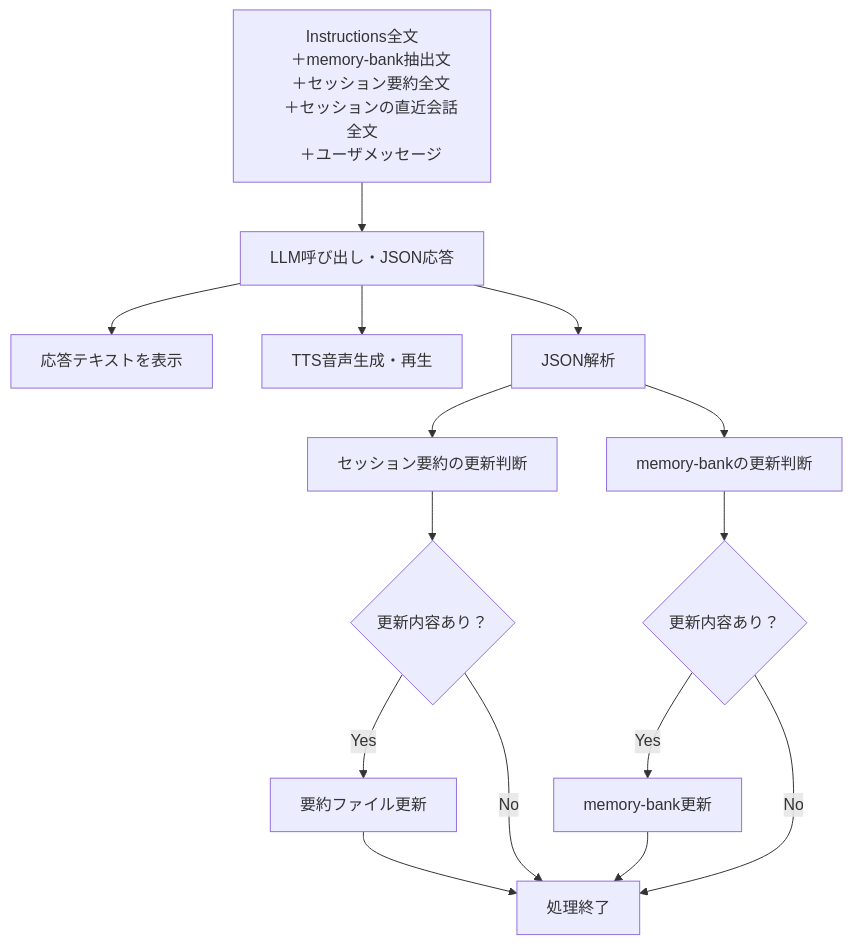
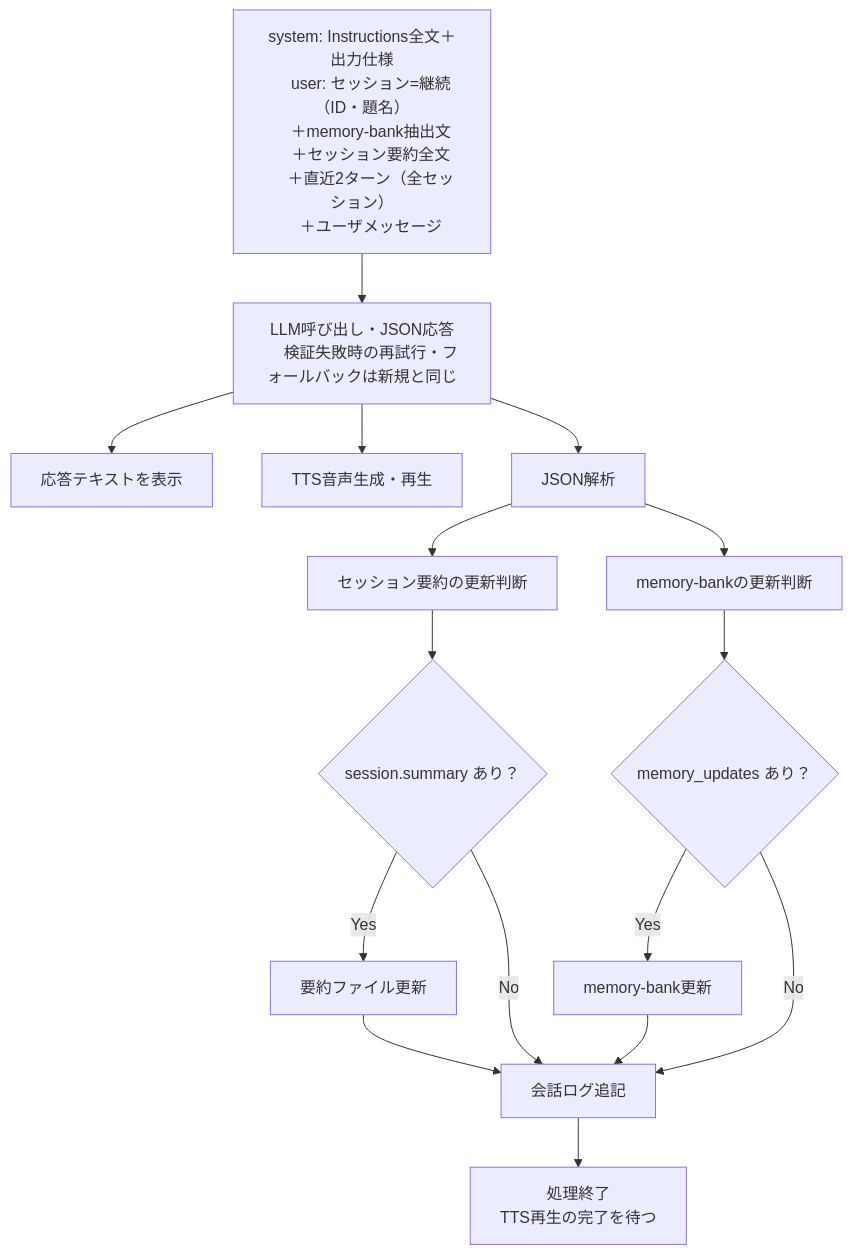
The fourth of 5 diagrams in flow.md (UmemotoLab/ai-assistant-with-audio), drawn with Mermaid before and after one commit. The commit also changed other lines of this file and 2 other files, not shown here.

Commit message:
feat: Update README and implementation plan to include GEMINI_TTS_MODEL and enhance flow details

````diff
--- a/flow.md
+++ b/flow.md
@@ -49,26 +84,30 @@
 ```mermaid
 flowchart TD
-    A[Instructions全文
+    A[system: Instructions全文＋出力仕様
+    user: セッション=継続（ID・題名）
     ＋memory-bank抽出文
     ＋セッション要約全文
-    ＋セッションの直近会話全文
+    ＋直近2ターン（全セッション）
     ＋ユーザメッセージ]
-    A --> C[LLM呼び出し・JSON応答]
+    A --> C[LLM呼び出し・JSON応答
+    検証失敗時の再試行・フォールバックは新規と同じ]
     C --> D[応答テキストを表示]
     C --> E[TTS音声生成・再生]
     C --> F[JSON解析]
 
     F --> G[セッション要約の更新判断]
     F --> H[memory-bankの更新判断]
 
-    G --> I{更新内容あり？}
-    H --> J{更新内容あり？}
+    G --> I{session.summary あり？}
+    H --> J{memory_updates あり？}
 
     I -- Yes --> K[要約ファイル更新]
     J -- Yes --> L[memory-bank更新]
-    I -- No --> O
-    J -- No --> O
+    I -- No --> M[会話ログ追記]
+    J -- No --> M
+    K --> M
 
-    K --> O[処理終了]
-    L --> O
+    L --> M
+    M --> O[処理終了
+    TTS再生の完了を待つ]
 ```
````
